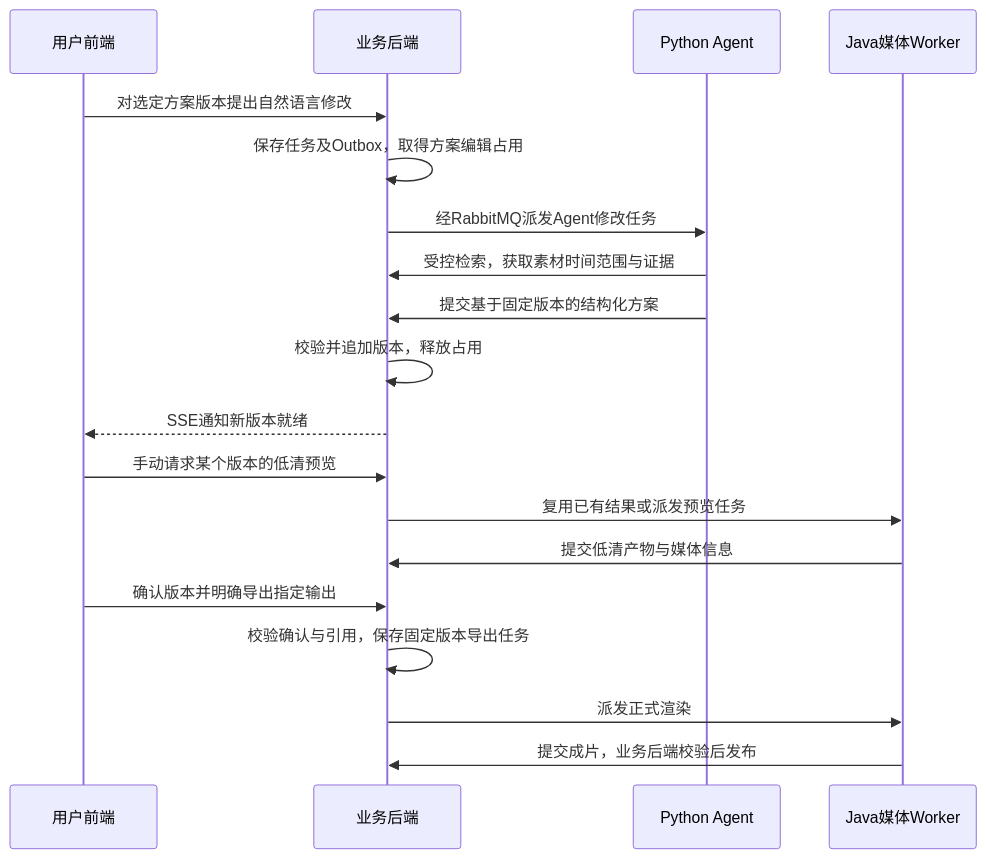
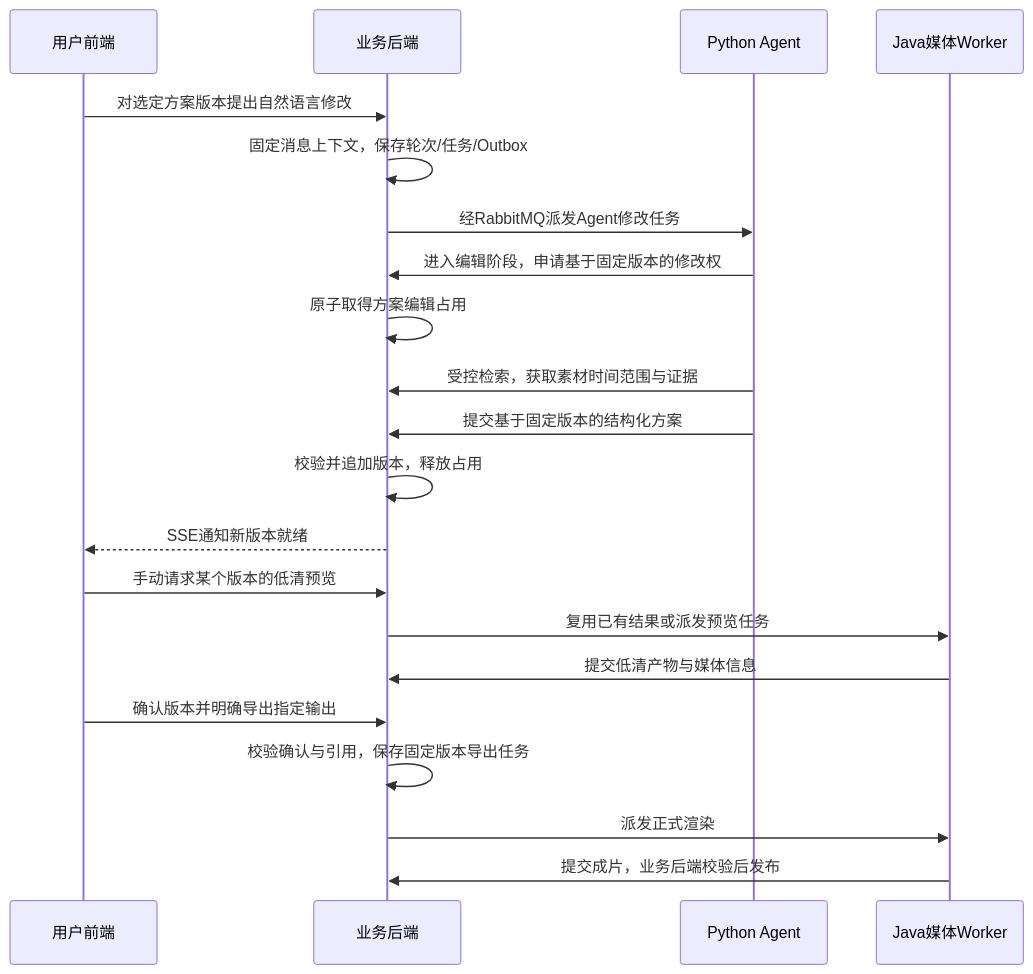
Before and after one commit to Hou1464851806/AgenticVideoProject: the third of 3 diagrams in docs/architecture.md, drawn with Mermaid. The commit also changed other lines of this file and 15 other files, not shown here.

````diff
--- a/docs/architecture.md
+++ b/docs/architecture.md
@@ -100,21 +112,23 @@
 ```mermaid
 sequenceDiagram
     participant U as 用户前端
     participant B as 业务后端
     participant A as Python Agent
     participant W as Java媒体Worker
     U->>B: 对选定方案版本提出自然语言修改
-    B->>B: 保存任务及Outbox，取得方案编辑占用
+    B->>B: 固定消息上下文，保存轮次/任务/Outbox
     B->>A: 经RabbitMQ派发Agent修改任务
+    A->>B: 进入编辑阶段，申请基于固定版本的修改权
+    B->>B: 原子取得方案编辑占用
     A->>B: 受控检索，获取素材时间范围与证据
     A->>B: 提交基于固定版本的结构化方案
     B->>B: 校验并追加版本，释放占用
     B-->>U: SSE通知新版本就绪
     U->>B: 手动请求某个版本的低清预览
     B->>W: 复用已有结果或派发预览任务
     W->>B: 提交低清产物与媒体信息
     U->>B: 确认版本并明确导出指定输出
     B->>B: 校验确认与引用，保存固定版本导出任务
     B->>W: 派发正式渲染
     W->>B: 提交成片，业务后端校验后发布
 ```
````
